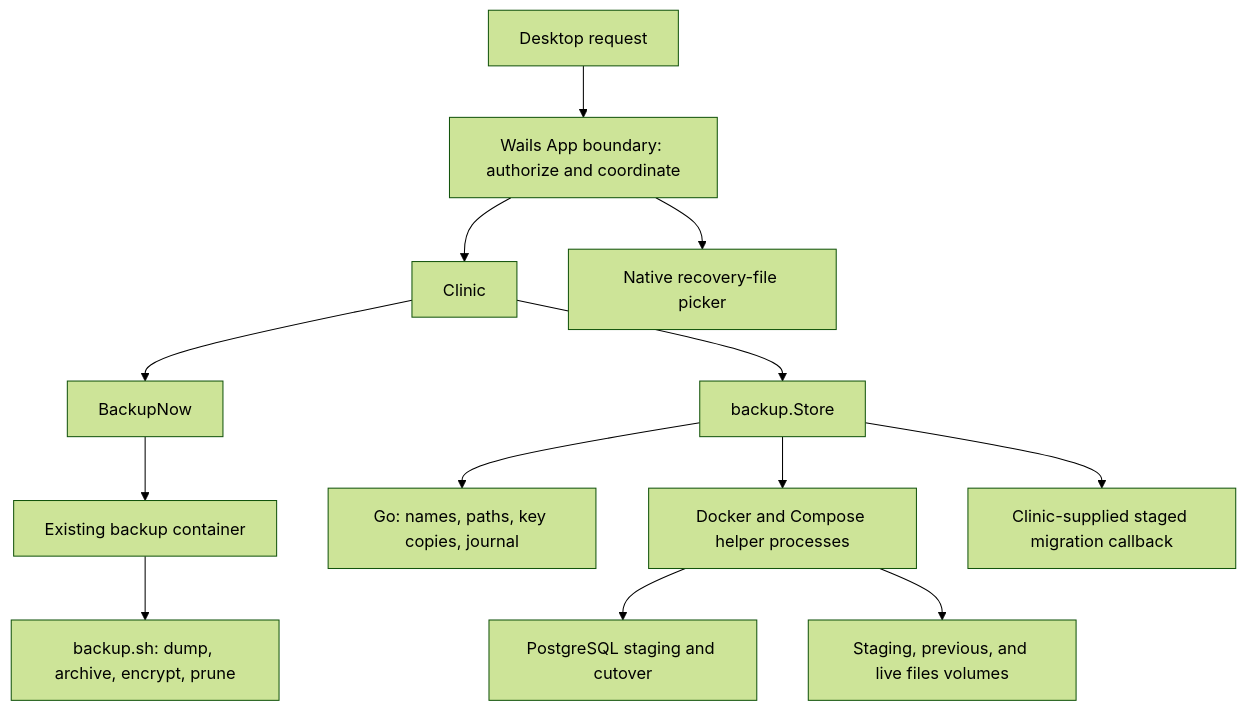
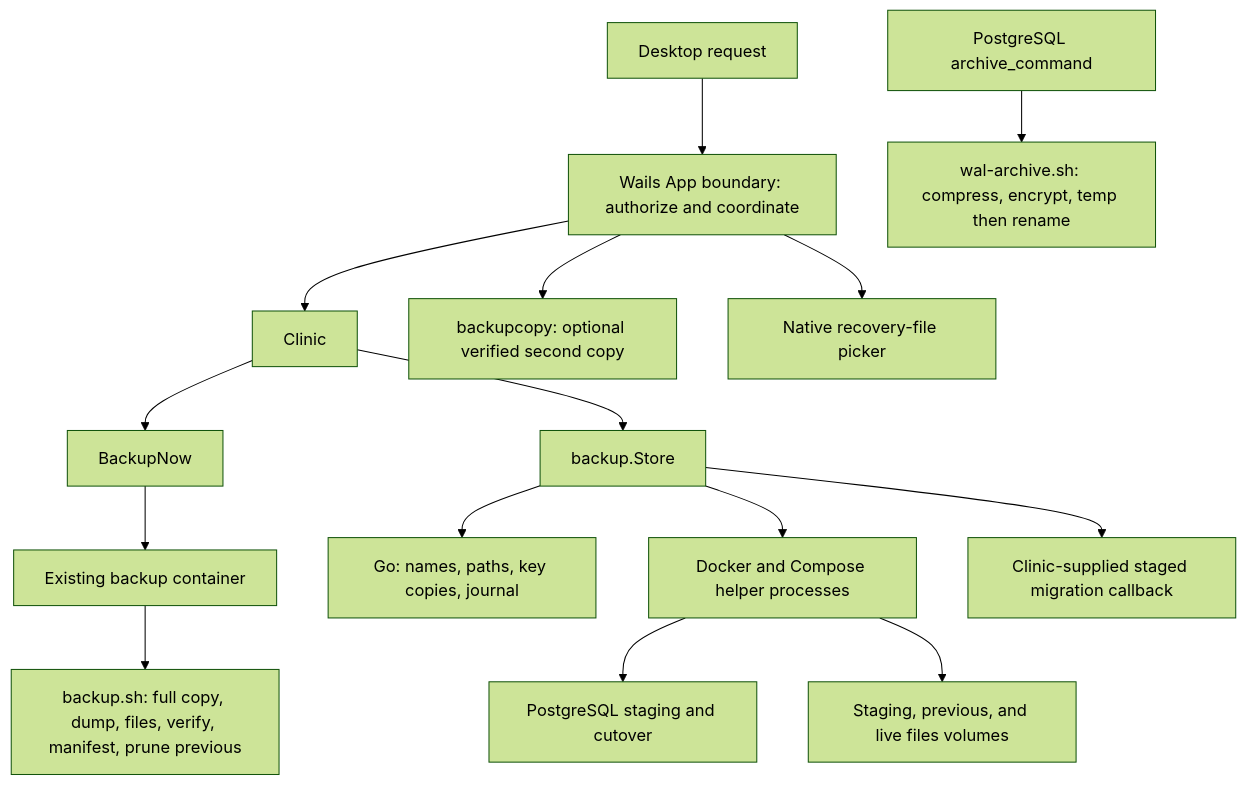
One commit to praffq/care_clinic changed the first of 4 diagrams in docs/backups-and-restore.md. Above: the diagram before and after it, drawn with Mermaid (forest theme). The commit also changed other lines of this file and 50 other files, not shown here.

First line of the commit message:
Wire verified backup health, optional copies and bounded point-in-time restore

````diff
--- a/docs/backups-and-restore.md
+++ b/docs/backups-and-restore.md
@@ -70,15 +73,17 @@
 ```mermaid
 flowchart TD
     UI["Desktop request"] --> App["Wails App boundary: authorize and coordinate"]
     App --> Clinic["Clinic"]
     Clinic --> Now["BackupNow"]
     Now --> Sidecar["Existing backup container"]
-    Sidecar --> Script["backup.sh: dump, archive, encrypt, prune"]
+    Sidecar --> Script["backup.sh: full copy, dump, files, verify, manifest, prune previous"]
+    DB["PostgreSQL archive_command"] --> WAL["wal-archive.sh: compress, encrypt, temp then rename"]
+    App --> Copier["backupcopy: optional verified second copy"]
     Clinic --> Store["backup.Store"]
     Store --> Local["Go: names, paths, key copies, journal"]
     Store --> Helpers["Docker and Compose helper processes"]
     Helpers --> PG["PostgreSQL staging and cutover"]
     Helpers --> Volumes["Staging, previous, and live files volumes"]
     Store --> Callback["Clinic-supplied staged migration callback"]
     App --> Recovery["Native recovery-file picker"]
 ```
````
